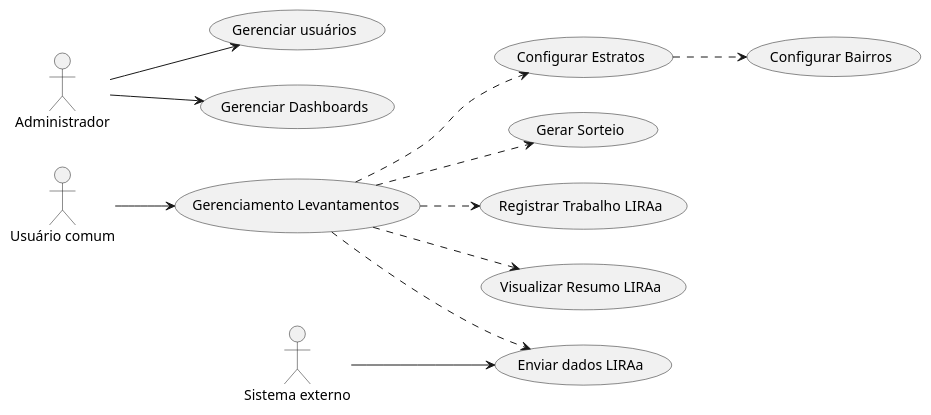
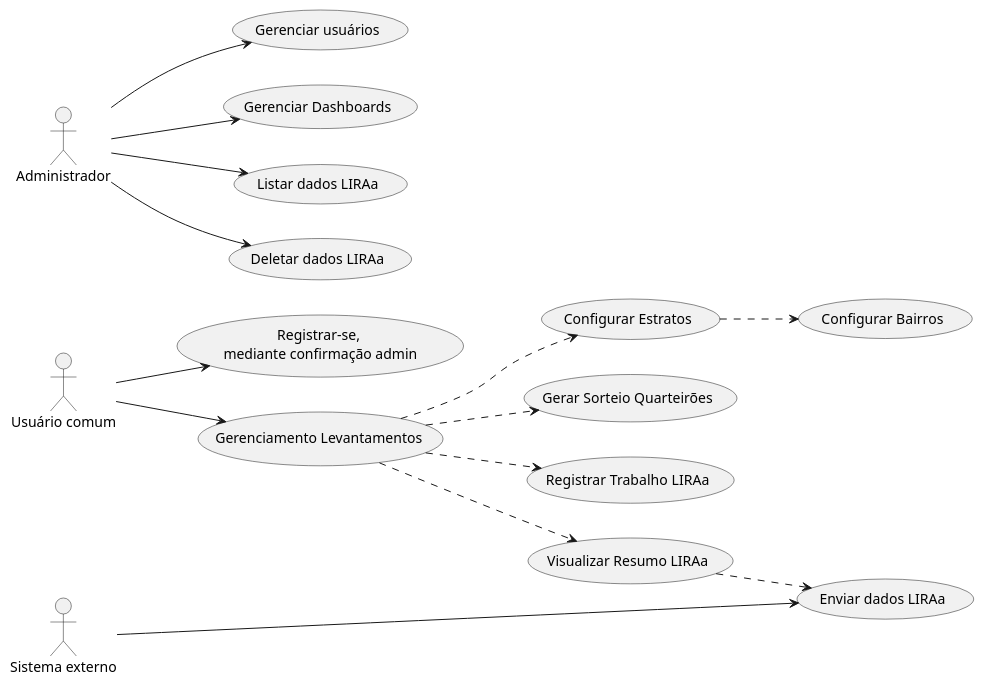
The diagram in diagramas/casos-uso.puml (GleytonLima/liraa-docs), drawn with PlantUML before and after one commit.

```diff
--- a/diagramas/casos-uso.puml
+++ b/diagramas/casos-uso.puml
@@ -1,16 +1,19 @@
 @startuml
 left to right direction
 actor "Usuário comum" as user
 actor "Administrador" as admin
 actor "Sistema externo" as system
+user --> (Registrar-se, \nmediante confirmação admin)
 user --> (Gerenciamento Levantamentos)
+admin --> (Gerenciar usuários)
 (Gerenciamento Levantamentos) ..> (Configurar Estratos)
-(Gerenciamento Levantamentos) ..> (Gerar Sorteio)
+(Gerenciamento Levantamentos) ..> (Gerar Sorteio Quarteirões)
 (Gerenciamento Levantamentos) ..> (Registrar Trabalho LIRAa)
+(Visualizar Resumo LIRAa) ..> (Enviar dados LIRAa)
 (Gerenciamento Levantamentos) ..> (Visualizar Resumo LIRAa)
-(Gerenciamento Levantamentos) ..> (Enviar dados LIRAa)
 (Configurar Estratos) ..> (Configurar Bairros)
-admin --> (Gerenciar usuários)
 admin --> (Gerenciar Dashboards)
-system --> (Enviar dados LIRAa)
+admin --> (Listar dados LIRAa)
+admin --> (Deletar dados LIRAa)
+system ----> (Enviar dados LIRAa)
 @enduml
```
